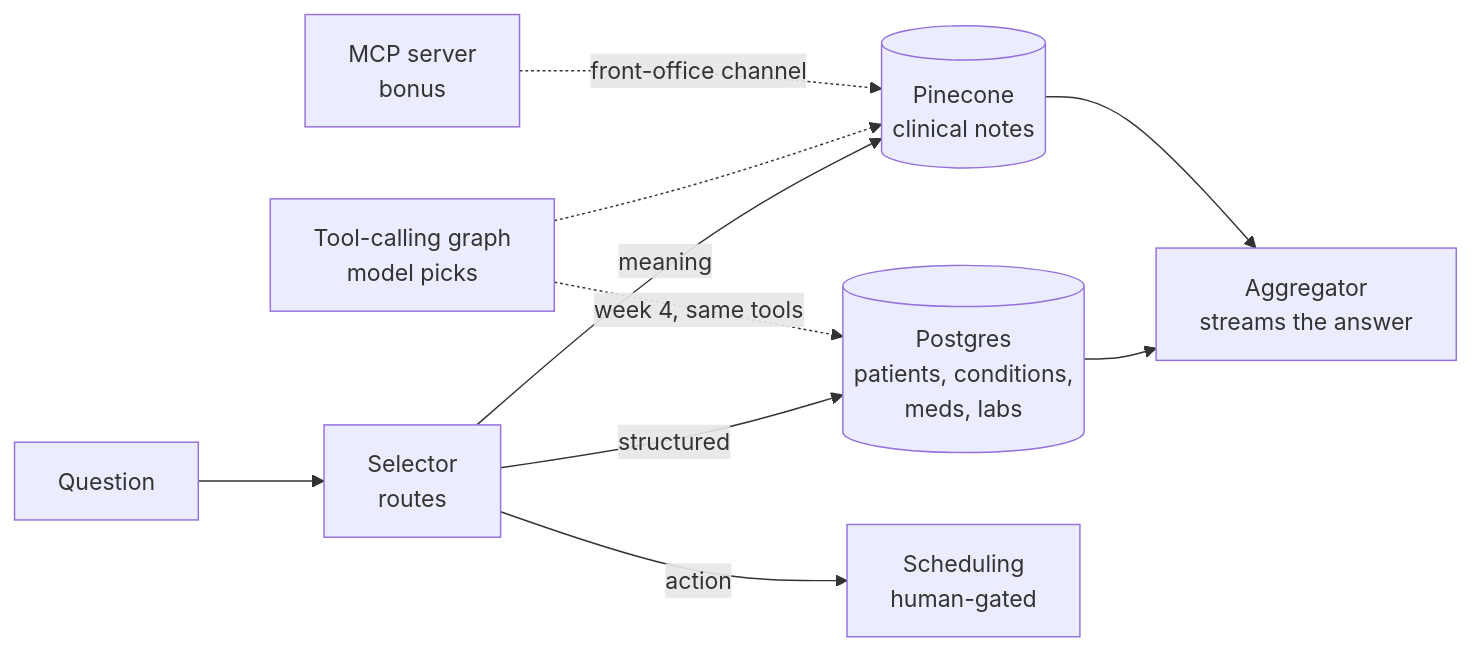
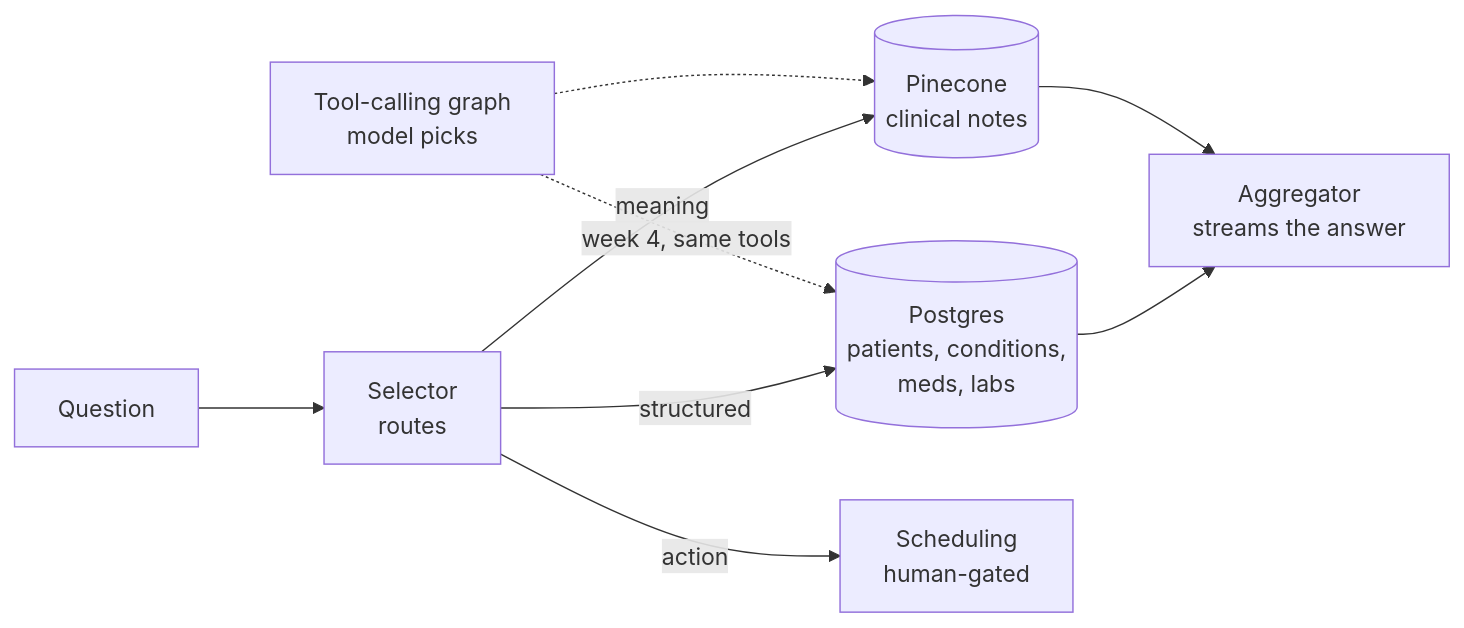
The diagram in curriculum/README.md (projectshft/parsity_medical_rag), drawn with Mermaid before and after one commit. The commit also changed other lines of this file and 9 other files, not shown here.

````diff
--- a/curriculum/README.md
+++ b/curriculum/README.md
@@ -58,12 +63,11 @@
 ```mermaid
 flowchart LR
     U[Question] --> S[Selector<br/>routes]
     S -->|structured| Q[(Postgres<br/>patients, conditions,<br/>meds, labs)]
     S -->|meaning| V[(Pinecone<br/>clinical notes)]
     S -->|action| H[Scheduling<br/>human-gated]
     Q --> A[Aggregator<br/>streams the answer]
     V --> A
     G[Tool-calling graph<br/>model picks] -.week 4, same tools.-> Q
     G -.-> V
-    M[MCP server<br/>bonus] -.front-office channel.-> V
 ```
````
